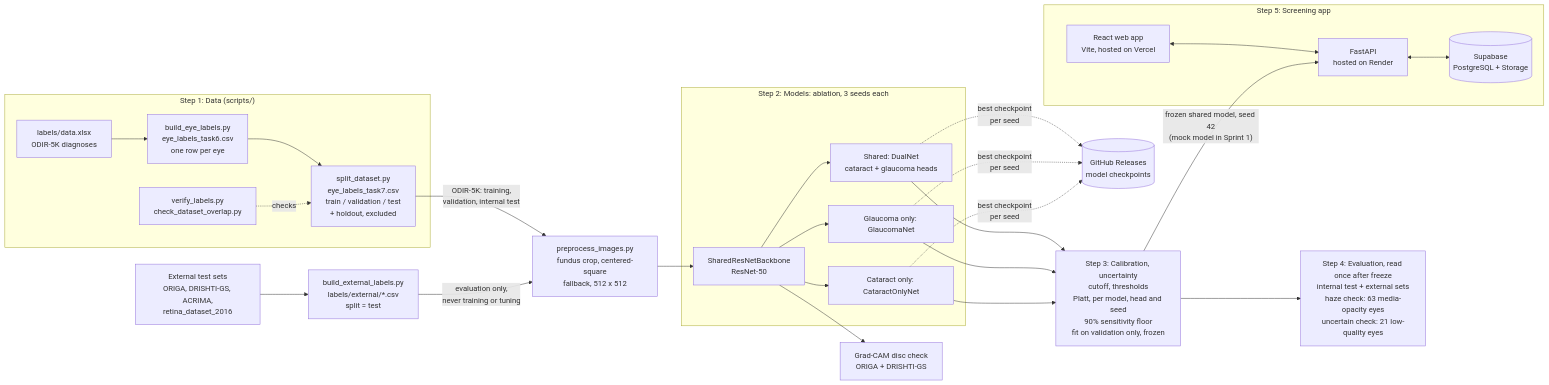
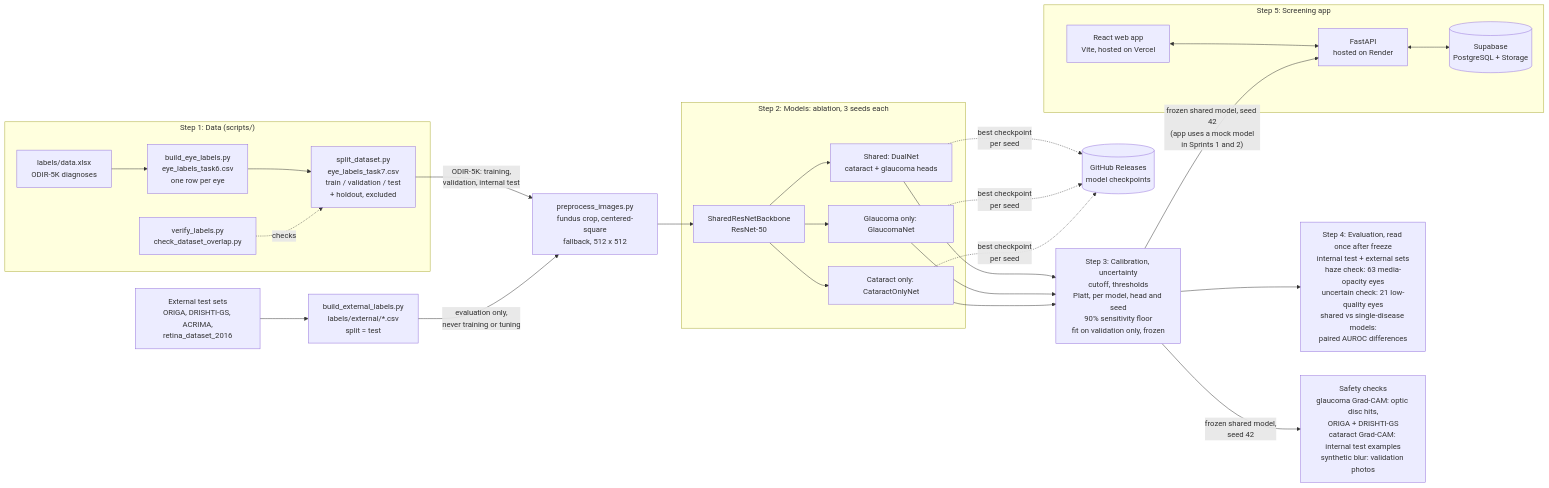
Before and after one commit to bhoamikhona/F2026-Team1: the diagram in documents/architecture_diagrams/Conceptual_Diagram.mmd, drawn with Mermaid. The commit also changed 5 other files, not shown here.

Commit message:
Update conceptual, sequence and class diagrams for Sprint 2

```diff
--- a/documents/architecture_diagrams/Conceptual_Diagram.mmd
+++ b/documents/architecture_diagrams/Conceptual_Diagram.mmd
@@ -1,30 +1,30 @@
 flowchart LR
   subgraph DATA["Step 1: Data (scripts/)"]
     XLSX["labels/data.xlsx<br/>ODIR-5K diagnoses"] --> LAB["build_eye_labels.py<br/>eye_labels_task6.csv<br/>one row per eye"]
     LAB --> SPL["split_dataset.py<br/>eye_labels_task7.csv<br/>train / validation / test<br/>+ holdout, excluded"]
     CHK["verify_labels.py<br/>check_dataset_overlap.py"] -. checks .-> SPL
   end
   EXT["External test sets<br/>ORIGA, DRISHTI-GS, ACRIMA,<br/>retina_dataset_2016"] --> EXTLAB["build_external_labels.py<br/>labels/external/*.csv<br/>split = test"]
   SPL -- "ODIR-5K: training,<br/>validation, internal test" --> PRE["preprocess_images.py<br/>fundus crop, centered-square<br/>fallback, 512 x 512"]
   EXTLAB -- "evaluation only,<br/>never training or tuning" --> PRE
   subgraph MODEL["Step 2: Models: ablation, 3 seeds each"]
     BB["SharedResNetBackbone<br/>ResNet-50"]
     BB --> SH["Shared: DualNet<br/>cataract + glaucoma heads"]
     BB --> GO["Glaucoma only: GlaucomaNet"]
     BB --> CO["Cataract only: CataractOnlyNet"]
   end
   PRE --> BB
   REL[("GitHub Releases<br/>model checkpoints")]
   SH -. "best checkpoint<br/>per seed" .-> REL
   GO -. "best checkpoint<br/>per seed" .-> REL
   CO -. "best checkpoint<br/>per seed" .-> REL
   SH --> CAL["Step 3: Calibration, uncertainty<br/>cutoff, thresholds<br/>Platt, per model, head and seed<br/>90% sensitivity floor<br/>fit on validation only, frozen"]
   GO --> CAL
   CO --> CAL
-  CAL --> EVAL["Step 4: Evaluation, read once after freeze<br/>internal test + external sets<br/>haze check: 63 media-opacity eyes<br/>uncertain check: 21 low-quality eyes"]
-  BB --> GC["Grad-CAM disc check<br/>ORIGA + DRISHTI-GS"]
+  CAL --> EVAL["Step 4: Evaluation, read once after freeze<br/>internal test + external sets<br/>haze check: 63 media-opacity eyes<br/>uncertain check: 21 low-quality eyes<br/>shared vs single-disease models:<br/>paired AUROC differences"]
+  CAL -- "frozen shared model,<br/>seed 42" --> GC["Safety checks<br/>glaucoma Grad-CAM: optic disc hits,<br/>ORIGA + DRISHTI-GS<br/>cataract Grad-CAM: internal test examples<br/>synthetic blur: validation photos"]
   subgraph APP["Step 5: Screening app"]
     UI["React web app<br/>Vite, hosted on Vercel"] <--> API["FastAPI<br/>hosted on Render"]
     API <--> DB[("Supabase<br/>PostgreSQL + Storage")]
   end
-  CAL -- "frozen shared model, seed 42<br/>(mock model in Sprint 1)" --> API
+  CAL -- "frozen shared model, seed 42<br/>(app uses a mock model<br/>in Sprints 1 and 2)" --> API
```
